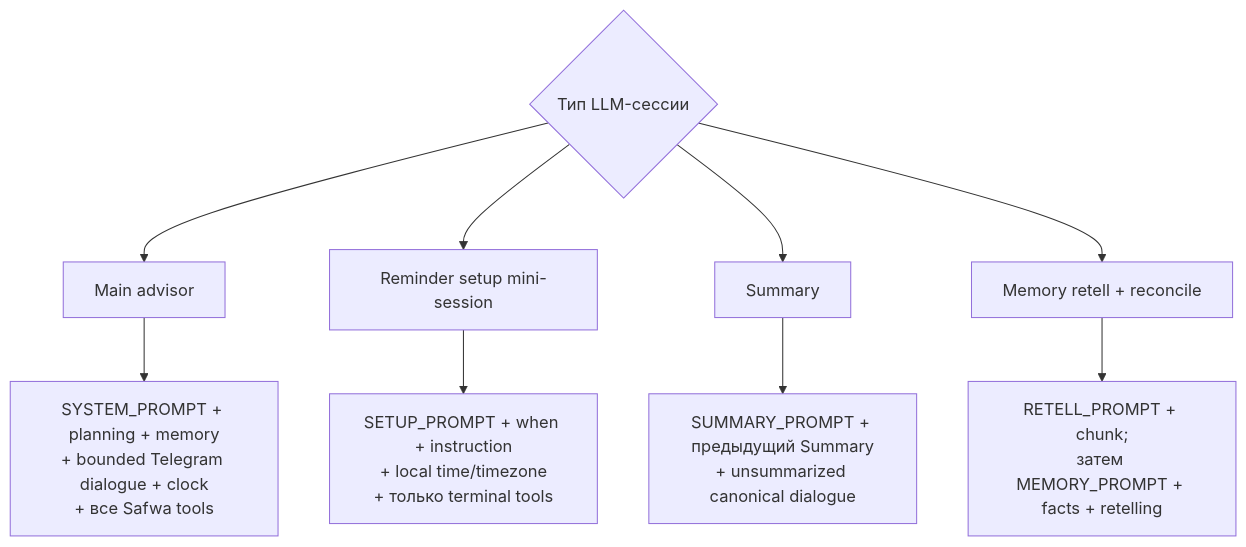
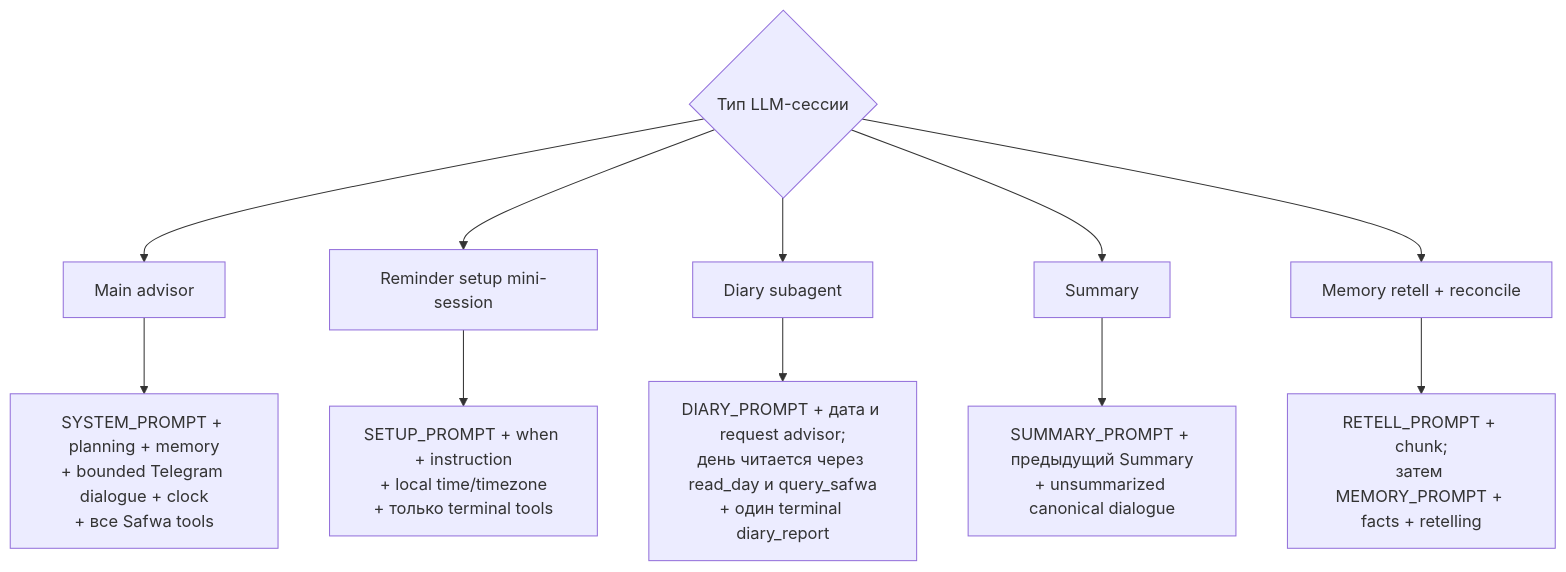
One commit to myvaheed/tg-ai-safwa changed the second of 2 diagrams in docs/diagrams/03-session-contexts.md. Above: the diagram before and after it, drawn with Mermaid. The commit also changed other lines of this file and 21 other files, not shown here.

````diff
--- a/docs/diagrams/03-session-contexts.md
+++ b/docs/diagrams/03-session-contexts.md
@@ -31,13 +31,15 @@
 ```mermaid
 flowchart TD
     E{"Тип LLM-сессии"}
     E --> MAIN["Main advisor"]
     E --> SETUP["Reminder setup mini-session"]
+    E --> SUB["Diary subagent"]
     E --> SUM["Summary"]
     E --> RETELL["Memory retell + reconcile"]
 
     MAIN --> MC["SYSTEM_PROMPT + planning + memory<br/>+ bounded Telegram dialogue + clock<br/>+ все Safwa tools"]
     SETUP --> SC["SETUP_PROMPT + when + instruction<br/>+ local time/timezone<br/>+ только terminal tools"]
+    SUB --> SBC["DIARY_PROMPT + дата и request advisor;<br/>день читается через read_day и query_safwa<br/>+ один terminal diary_report"]
     SUM --> SUC["SUMMARY_PROMPT + предыдущий Summary<br/>+ unsummarized canonical dialogue"]
     RETELL --> MEC["RETELL_PROMPT + chunk;<br/>затем MEMORY_PROMPT + facts + retelling"]
 ```
````
